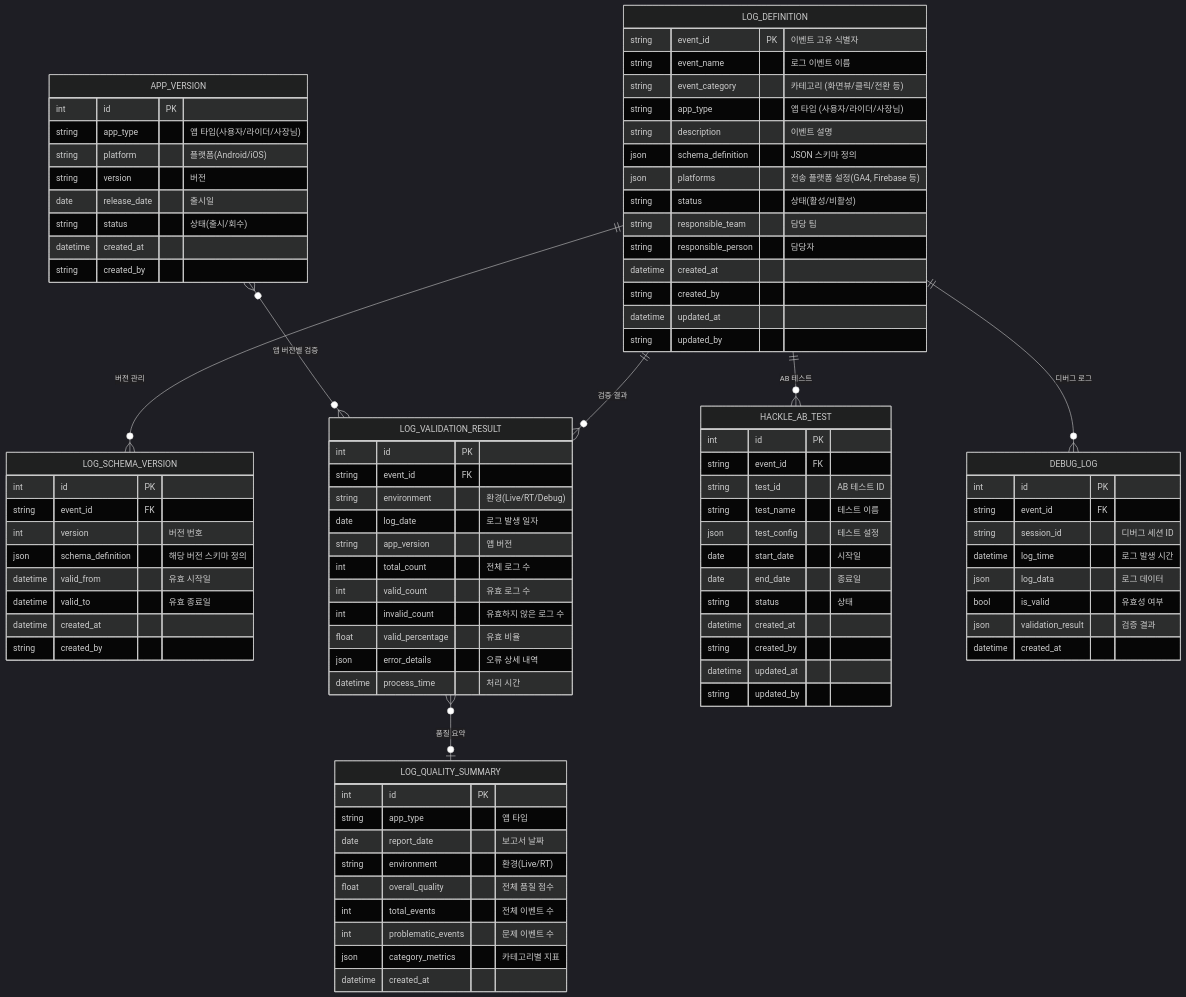
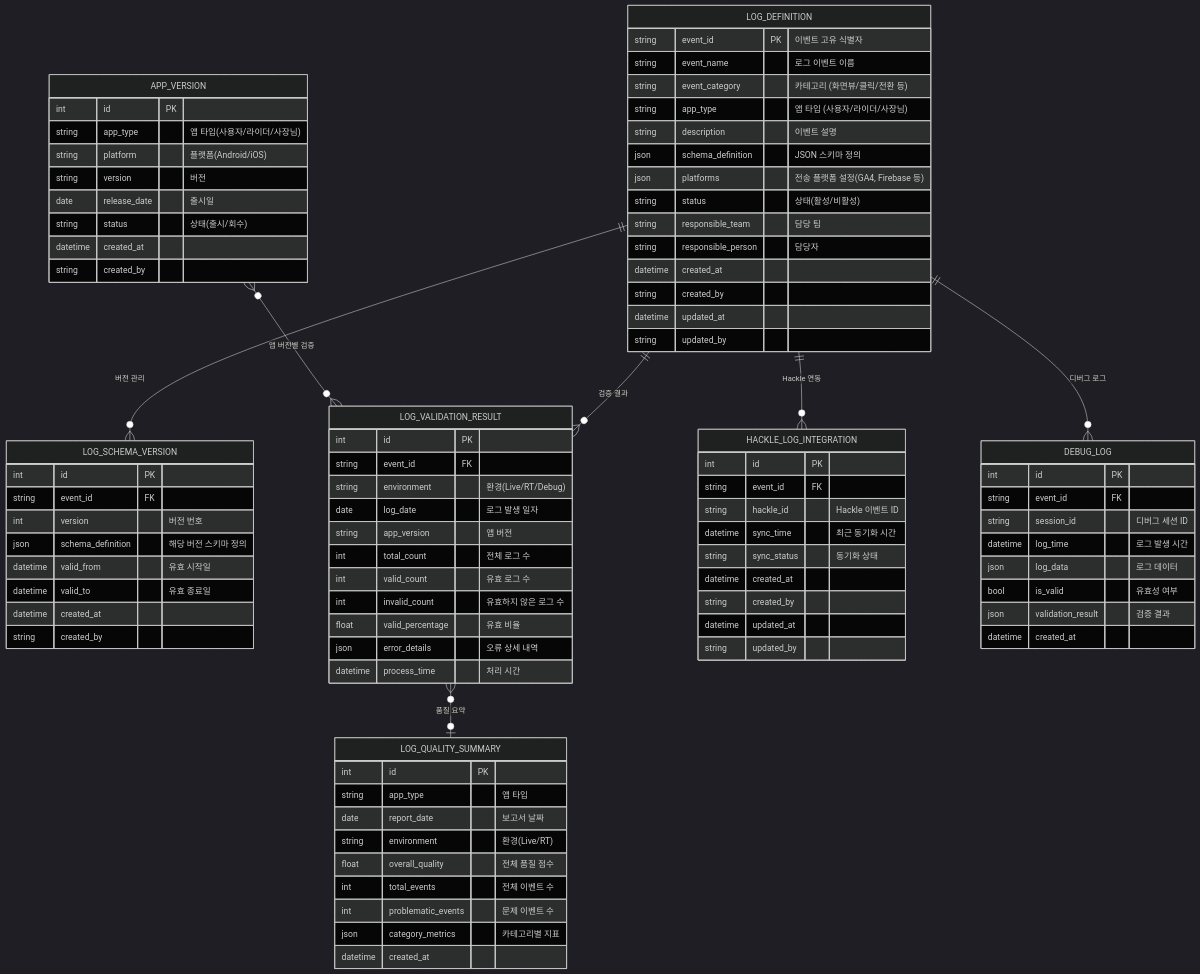
One commit to sch0718/ai-dev-log changed the sixth of 6 diagrams in 99. 활용/I.Log.Yo_ARCHITECTURE.md. Above: the diagram before and after it, drawn with Mermaid (dark theme). The commit also changed other lines of this file and 1 other file, not shown here.

```diff
--- a/99. 활용/I.Log.Yo_ARCHITECTURE.md
+++ b/99. 활용/I.Log.Yo_ARCHITECTURE.md
@@ -438,15 +478,12 @@
         string created_by
     }
 
-    HACKLE_AB_TEST {
+    HACKLE_LOG_INTEGRATION {
         int id PK
         string event_id FK
-        string test_id "AB 테스트 ID"
-        string test_name "테스트 이름"
-        json test_config "테스트 설정"
-        date start_date "시작일"
-        date end_date "종료일"
-        string status "상태"
+        string hackle_id "Hackle 이벤트 ID"
+        datetime sync_time "최근 동기화 시간"
+        string sync_status "동기화 상태"
         datetime created_at
         string created_by
         datetime updated_at
@@ -478,7 +515,7 @@
 
     LOG_DEFINITION ||--o{ LOG_SCHEMA_VERSION : "버전 관리"
     LOG_DEFINITION ||--o{ LOG_VALIDATION_RESULT : "검증 결과"
-    LOG_DEFINITION ||--o{ HACKLE_AB_TEST : "AB 테스트"
+    LOG_DEFINITION ||--o{ HACKLE_LOG_INTEGRATION : "Hackle 연동"
     LOG_DEFINITION ||--o{ DEBUG_LOG : "디버그 로그"
     APP_VERSION }o--o{ LOG_VALIDATION_RESULT : "앱 버전별 검증"
     LOG_VALIDATION_RESULT }o--o| LOG_QUALITY_SUMMARY : "품질 요약"
```
